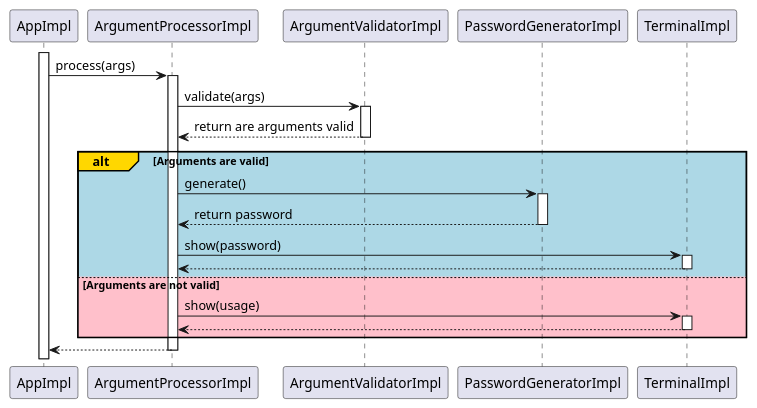
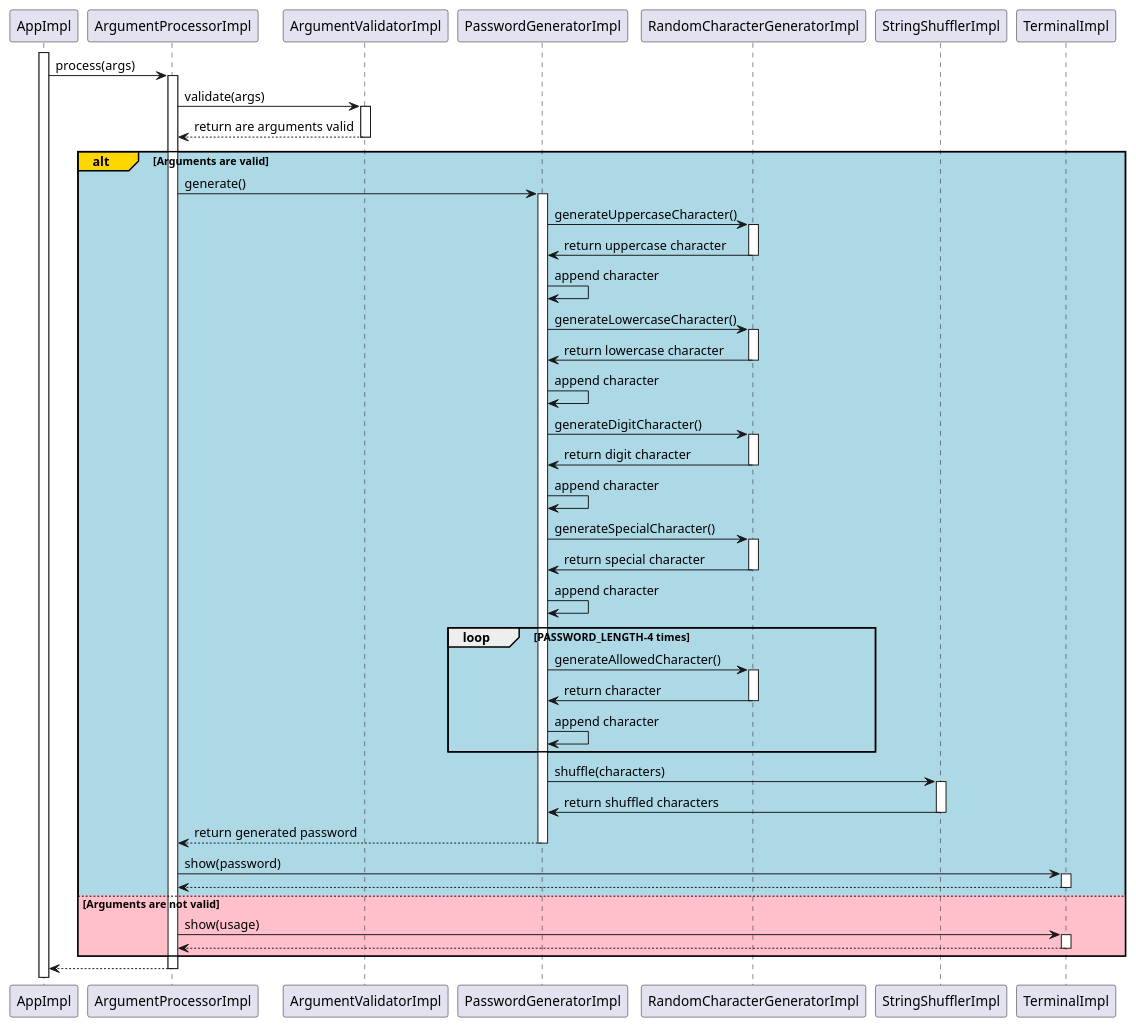
Before and after one commit to djvelimir/demo-java-cli: the diagram in diagrams/Sequence.puml, drawn with PlantUML. The commit also changed 10 other files, not shown here.

Commit message:
Added RandomCharacterGenerator and StringShuffler

```diff
--- a/diagrams/Sequence.puml
+++ b/diagrams/Sequence.puml
@@ -1,39 +1,85 @@
 @startuml
 participant AppImpl as app
 participant ArgumentProcessorImpl as argumentProcessor
 participant ArgumentValidatorImpl as argumentValidator
 participant PasswordGeneratorImpl as passwordGenerator
+participant RandomCharacterGeneratorImpl as randomCharacterGenerator
+participant StringShufflerImpl as stringShuffler
 participant TerminalImpl as terminal
 
 activate app
 
 app -> argumentProcessor: process(args)
 activate argumentProcessor
 
 argumentProcessor -> argumentValidator: validate(args)
 activate argumentValidator
 argumentProcessor <-- argumentValidator: return are arguments valid
 deactivate argumentValidator
 
 alt#Gold #LightBlue Arguments are valid
     argumentProcessor -> passwordGenerator: generate()
     activate passwordGenerator
-    argumentProcessor <-- passwordGenerator: return password
+
+    passwordGenerator -> randomCharacterGenerator: generateUppercaseCharacter()
+    activate randomCharacterGenerator
+
+    randomCharacterGenerator -> passwordGenerator: return uppercase character
+    deactivate randomCharacterGenerator
+    passwordGenerator -> passwordGenerator: append character
+
+    passwordGenerator -> randomCharacterGenerator: generateLowercaseCharacter()
+    activate randomCharacterGenerator
+
+    randomCharacterGenerator -> passwordGenerator: return lowercase character
+    deactivate randomCharacterGenerator
+    passwordGenerator -> passwordGenerator: append character
+
+    passwordGenerator -> randomCharacterGenerator: generateDigitCharacter()
+    activate randomCharacterGenerator
+
+    randomCharacterGenerator -> passwordGenerator: return digit character
+    deactivate randomCharacterGenerator
+    passwordGenerator -> passwordGenerator: append character
+
+    passwordGenerator -> randomCharacterGenerator: generateSpecialCharacter()
+    activate randomCharacterGenerator
+
+    randomCharacterGenerator -> passwordGenerator: return special character
+    deactivate randomCharacterGenerator
+    passwordGenerator -> passwordGenerator: append character
+
+    loop PASSWORD_LENGTH-4 times
+        passwordGenerator -> randomCharacterGenerator: generateAllowedCharacter()
+        activate randomCharacterGenerator
+
+        randomCharacterGenerator -> passwordGenerator: return character
+        deactivate randomCharacterGenerator
+        passwordGenerator -> passwordGenerator: append character
+    end
+
+    passwordGenerator -> stringShuffler: shuffle(characters)
+    activate stringShuffler
+
+    stringShuffler -> passwordGenerator: return shuffled characters
+    deactivate stringShuffler
+
+    argumentProcessor <-- passwordGenerator: return generated password
     deactivate passwordGenerator
 
     argumentProcessor -> terminal: show(password)
     activate terminal
     argumentProcessor <-- terminal
     deactivate terminal
 
 else #Pink Arguments are not valid
     argumentProcessor -> terminal: show(usage)
     activate terminal
     argumentProcessor <-- terminal
     deactivate terminal
 end
 
 app <-- argumentProcessor
 deactivate argumentProcessor
 
 @enduml
```
